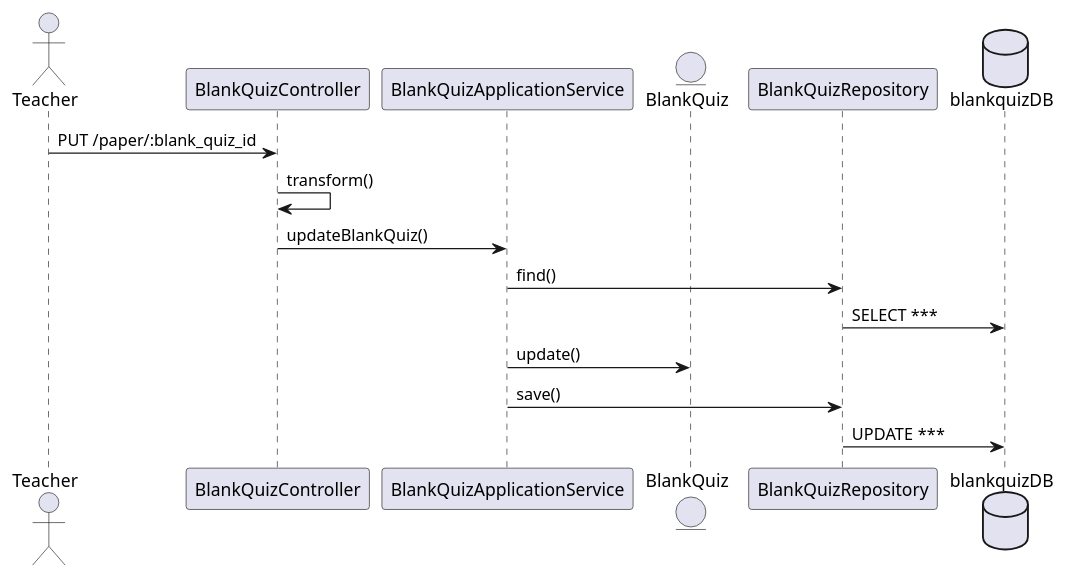
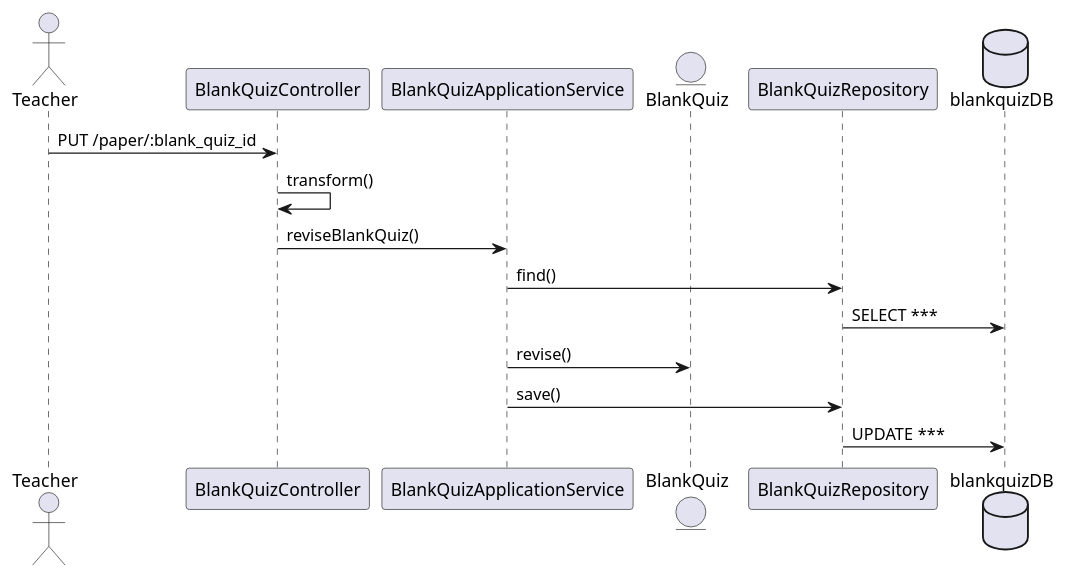
One commit to DDD-Bootcamp/exam-plantform changed the diagram in design/blankquiz-seq-update.puml. Above: the diagram before and after it, drawn with PlantUML.

Commit message:
add blankquiz seq puml

```diff
--- a/design/blankquiz-seq-update.puml
+++ b/design/blankquiz-seq-update.puml
@@ -1,14 +1,14 @@
 @startuml
 actor Teacher
 Teacher -> BlankQuizController : PUT /paper/:blank_quiz_id
 BlankQuizController -> BlankQuizController: transform()
-BlankQuizController -> BlankQuizApplicationService : updateBlankQuiz()
+BlankQuizController -> BlankQuizApplicationService : reviseBlankQuiz()
 entity BlankQuiz
 BlankQuizApplicationService -> BlankQuizRepository: find()
 database blankquizDB
 BlankQuizRepository -> blankquizDB: SELECT ***
-BlankQuizApplicationService -> BlankQuiz : update()
+BlankQuizApplicationService -> BlankQuiz : revise()
 BlankQuizApplicationService -> BlankQuizRepository: save()
 
 BlankQuizRepository -> blankquizDB: UPDATE ***
 @enduml
```
